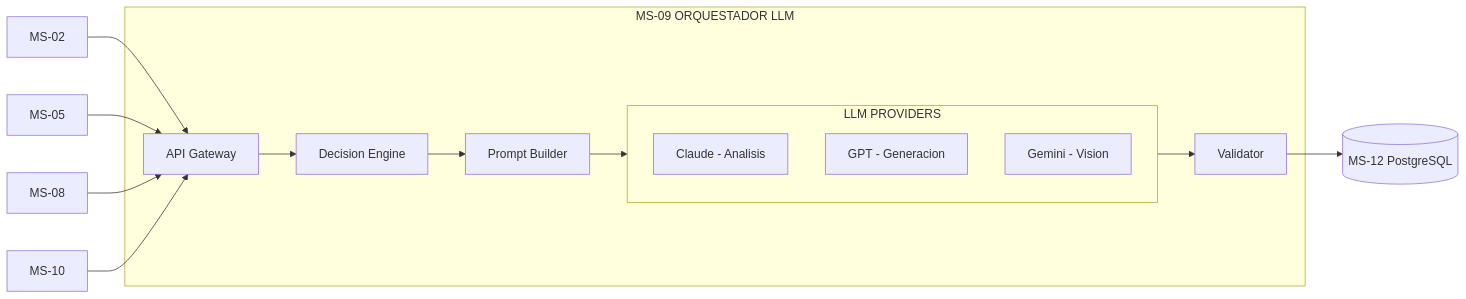
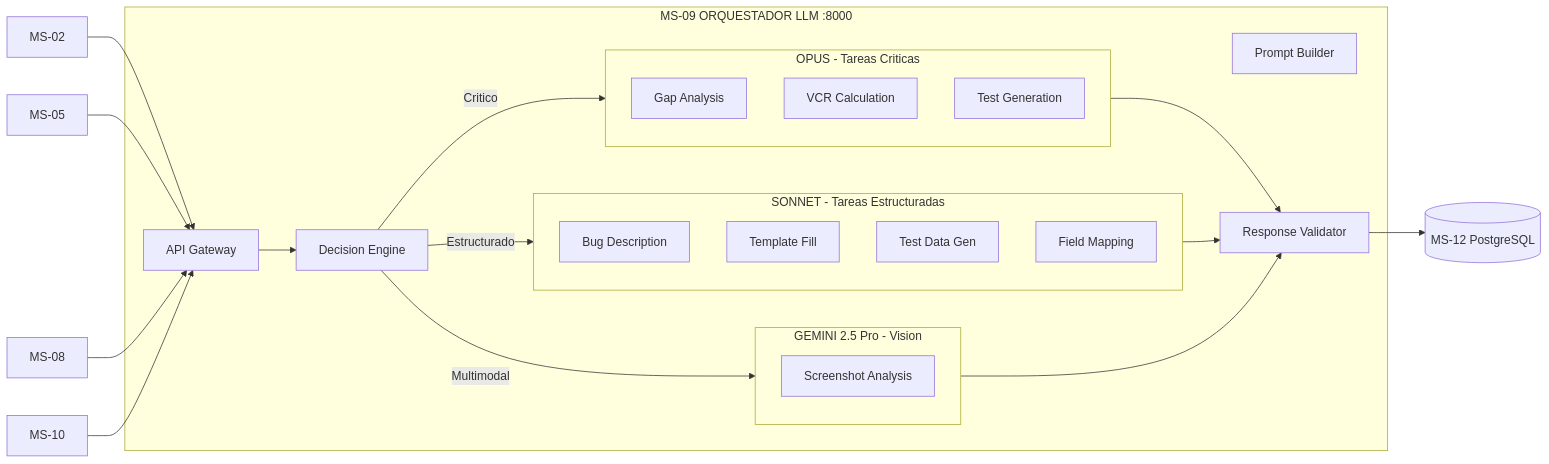
Before and after one commit to E-Gregorio/QASL-NEXUS-LLM: the second of 3 diagrams in diagrama.md, drawn with Mermaid. The commit also changed other lines of this file and 3 other files, not shown here.

First line of the commit message:
MS-09 Orquestador LLM operativo con estrategia Opus/Sonnet/Gemini

````diff
--- a/diagrama.md
+++ b/diagrama.md
@@ -70,25 +70,42 @@
 ```mermaid
 flowchart LR
     R1["MS-02"] --> API
     R2["MS-05"] --> API
     R3["MS-08"] --> API
     R4["MS-10"] --> API
 
-    subgraph MS09["MS-09 ORQUESTADOR LLM"]
+    subgraph MS09["MS-09 ORQUESTADOR LLM :8000"]
         API["API Gateway"]
         DE["Decision Engine"]
         PB["Prompt Builder"]
 
-        subgraph MODELS["LLM PROVIDERS"]
-            CL["Claude - Analisis"]
-            GP["GPT - Generacion"]
-            GE["Gemini - Vision"]
+        subgraph OPUS["OPUS - Tareas Criticas"]
+            CL1["Gap Analysis"]
+            CL2["VCR Calculation"]
+            CL3["Test Generation"]
         end
 
-        VAL["Validator"]
+        subgraph SONNET["SONNET - Tareas Estructuradas"]
+            CL4["Bug Description"]
+            CL5["Template Fill"]
+            CL6["Test Data Gen"]
+            CL7["Field Mapping"]
+        end
+
+        subgraph GEMINI["GEMINI 2.5 Pro - Vision"]
+            GE["Screenshot Analysis"]
+        end
+
+        VAL["Response Validator"]
     end
 
-    API --> DE --> PB --> MODELS --> VAL
+    API --> DE
+    DE -->|"Critico"| OPUS
+    DE -->|"Estructurado"| SONNET
+    DE -->|"Multimodal"| GEMINI
+    OPUS --> VAL
+    SONNET --> VAL
+    GEMINI --> VAL
 
     VAL --> DB[("MS-12 PostgreSQL")]
 ```
````
